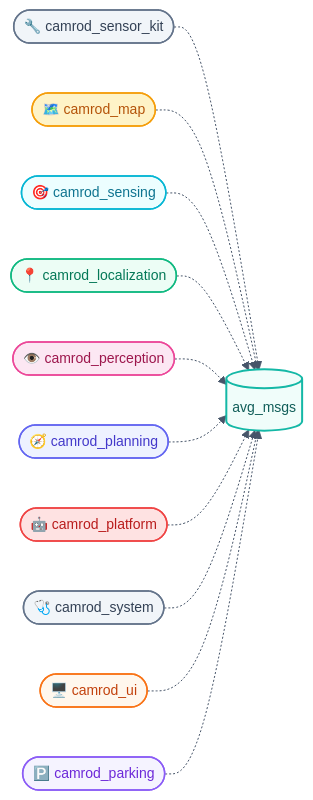
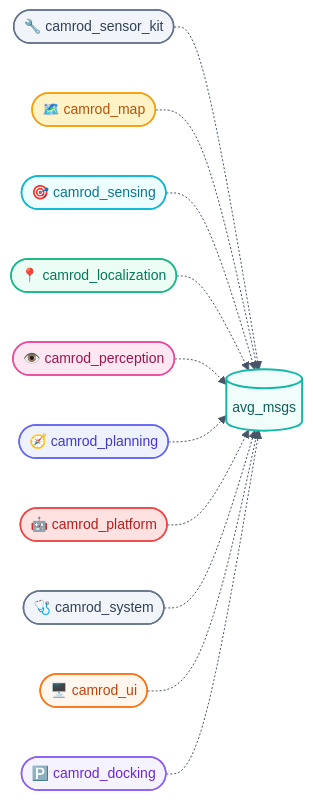
One commit to hwanhonglee/CAMROD changed the second of 2 diagrams in camrod_common/avg_msgs/README.md. Above: the diagram before and after it, drawn with Mermaid. The commit also changed other lines of this file and 12 other files, not shown here.

First line of the commit message:
docs(HH_260528): rename camrod_parking → camrod_docking across all READMEs

````diff
--- a/camrod_common/avg_msgs/README.md
+++ b/camrod_common/avg_msgs/README.md
@@ -87,27 +87,27 @@
 ```mermaid
 %%{init: {'theme': 'base', 'themeVariables': {'fontFamily': 'ui-sans-serif, system-ui, sans-serif', 'fontSize': '14px', 'primaryColor': '#F0FDFA', 'primaryTextColor': '#0F172A', 'primaryBorderColor': '#14B8A6', 'lineColor': '#475569'}, 'flowchart': {'curve': 'basis', 'htmlLabels': true, 'padding': 12}}}%%
 graph LR
   SKIT([🔧 camrod_sensor_kit]):::system       -.-> AVG
   MAP([🗺️ camrod_map]):::mapping              -.-> AVG
   SENS([🎯 camrod_sensing]):::sensing         -.-> AVG
   LOC([📍 camrod_localization]):::localization -.-> AVG
   PER([👁️ camrod_perception]):::perception   -.-> AVG
   PLAN([🧭 camrod_planning]):::planning       -.-> AVG
   PLAT([🤖 camrod_platform]):::platform       -.-> AVG
   SYS([🩺 camrod_system]):::system            -.-> AVG
   UI([🖥️ camrod_ui]):::ui                    -.-> AVG
-  PARK([🅿️ camrod_parking]):::parking        -.-> AVG
+  PARK([🅿️ camrod_docking]):::docking        -.-> AVG
 
   AVG[(avg_msgs)]:::iface
 
   classDef iface        fill:#F0FDFA,stroke:#14B8A6,stroke-width:2px,color:#115E59;
   classDef sensing      fill:#ECFEFF,stroke:#06B6D4,stroke-width:1.5px,color:#0E7490;
   classDef localization fill:#ECFDF5,stroke:#10B981,stroke-width:1.5px,color:#047857;
   classDef mapping      fill:#FEF3C7,stroke:#F59E0B,stroke-width:1.5px,color:#B45309;
   classDef perception   fill:#FCE7F3,stroke:#EC4899,stroke-width:1.5px,color:#9D174D;
   classDef planning     fill:#EEF2FF,stroke:#6366F1,stroke-width:1.5px,color:#4338CA;
   classDef platform     fill:#FEE2E2,stroke:#EF4444,stroke-width:1.5px,color:#B91C1C;
-  classDef parking      fill:#F5F3FF,stroke:#8B5CF6,stroke-width:1.5px,color:#6D28D9;
+  classDef docking      fill:#F5F3FF,stroke:#8B5CF6,stroke-width:1.5px,color:#6D28D9;
   classDef system       fill:#F1F5F9,stroke:#64748B,stroke-width:1.5px,color:#334155;
   classDef ui           fill:#FFF7ED,stroke:#F97316,stroke-width:1.5px,color:#C2410C;
 ```
````
